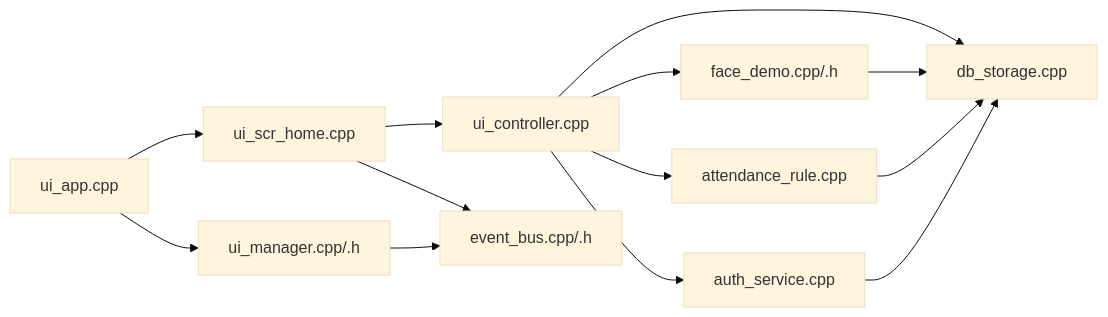
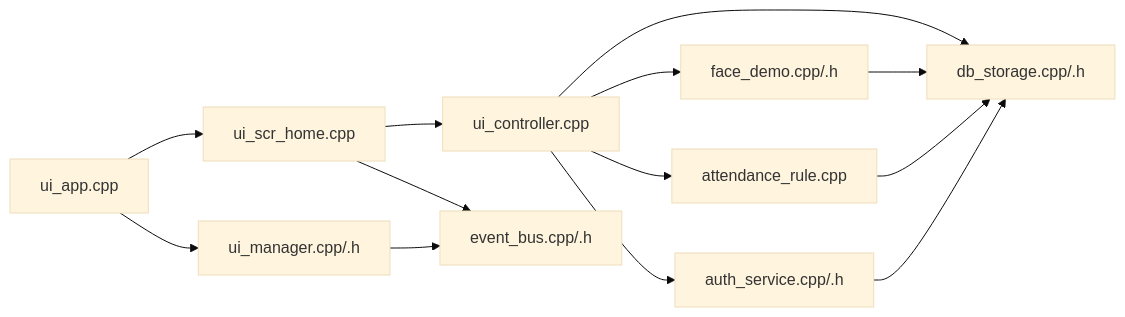
The sixth of 6 diagrams in .qoder/repowiki/zh/content/核心模块详解.md (Drunk552/SmartAttendance), drawn with Mermaid (base theme) before and after one commit. The commit also changed other lines of this file and 26 other files, not shown here.

````diff
--- a/.qoder/repowiki/zh/content/核心模块详解.md
+++ b/.qoder/repowiki/zh/content/核心模块详解.md
@@ -335,15 +337,15 @@
 ```mermaid
 graph LR
 UI_APP["ui_app.cpp"] --> UI_MGR["ui_manager.cpp/.h"]
 UI_APP --> HOME["ui_scr_home.cpp"]
 HOME --> CTRL["ui_controller.cpp"]
 CTRL --> FACE["face_demo.cpp/.h"]
 CTRL --> RULE["attendance_rule.cpp"]
-CTRL --> AUTH["auth_service.cpp"]
-CTRL --> DB["db_storage.cpp"]
+CTRL --> AUTH["auth_service.cpp/.h"]
+CTRL --> DB["db_storage.cpp/.h"]
 FACE --> DB
 RULE --> DB
 AUTH --> DB
 HOME --> BUS["event_bus.cpp/.h"]
 UI_MGR --> BUS
 ```
````
